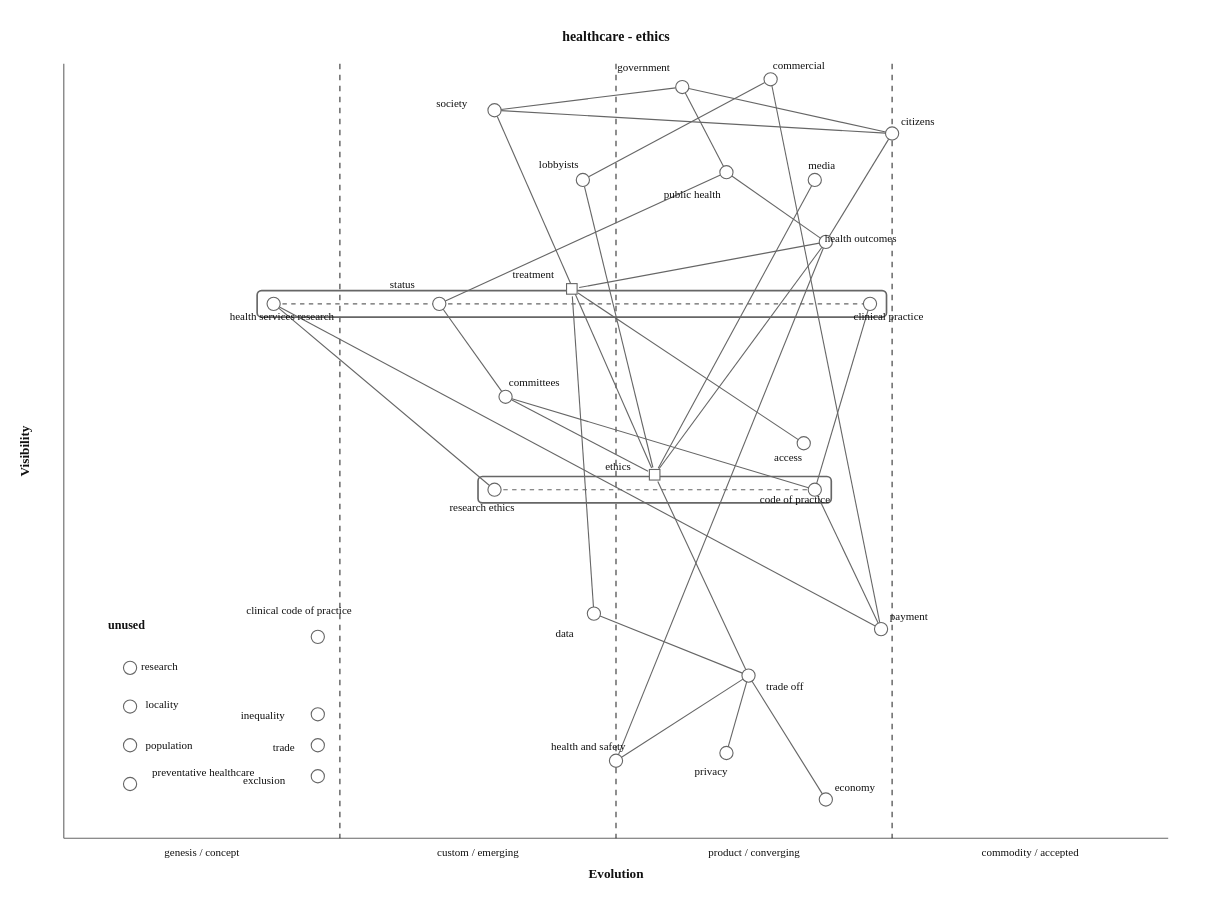
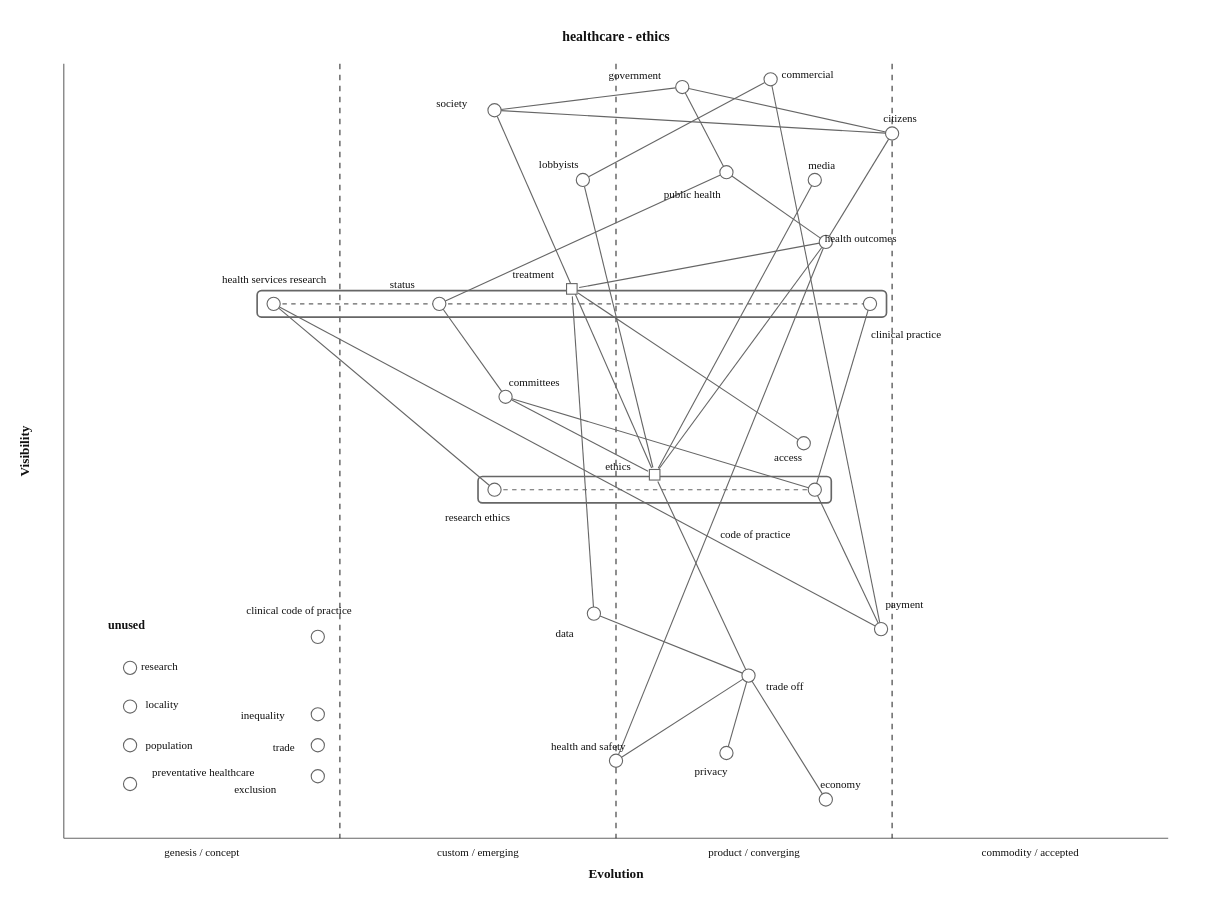
Before and after one commit to tractorjuice/wardley-maps-mermaid: the diagram in healthcare/additions/healthcare-ethics.mmd, drawn with Mermaid (neutral theme). The commit also changed 143 other files, not shown here.

```diff
--- a/healthcare/additions/healthcare-ethics.mmd
+++ b/healthcare/additions/healthcare-ethics.mmd
@@ -1,79 +1,79 @@
 wardley-beta
 
 title healthcare - ethics
 size [1100, 800]
 evolution genesis / concept -> custom / emerging -> product / converging -> commodity / accepted
 
-component commercial [0.98, 0.64] label [2, -9]
+component commercial [0.98, 0.64] label [10, -1]
 component lobbyists [0.85, 0.47] label [-40, -11]
 component public health [0.86, 0.60] label [-57, 23]
-component citizens [0.91, 0.75]
+component citizens [0.91, 0.75] label [-8, -10]
 component media [0.85, 0.68] label [-6, -10]
-component government [0.97, 0.56] label [-59, -15]
+component government [0.97, 0.56] label [-67, -7]
 component society [0.94, 0.39] label [-53, -3]
 
 note "unused" [0.27, 0.04]
 component research [0.22, 0.06] label [10, 2]
 component population [0.12, 0.06] label [14, 3]
 component preventative healthcare [0.07, 0.06] label [20, -7]
 component locality [0.17, 0.06] label [14, 1]
 component clinical code of practice [0.26, 0.23] label [-65, -21]
 component inequality [0.16, 0.23] label [-70, 4]
-component exclusion [0.08, 0.23] label [-68, 7]
+component exclusion [0.08, 0.23] label [-76, 15]
 component trade [0.12, 0.23] label [-41, 5]
 
 component ethics [0.45, 0.58] label [-45, -4]
 pipeline ethics {
-  component research ethics [0.39] label [-41, 19]
-  component code of practice [0.68] label [-50, 12]
+  component research ethics [0.39] label [-45, 28]
+  component code of practice [0.68] label [-86, 44]
 }
 
 component access [0.51, 0.67] label [-27, 16]
 component data [0.29, 0.48] label [-35, 21]
 component privacy [0.11, 0.60] label [-29, 20]
 component trade off [0.21, 0.62] label [16, 13]
 component health and safety [0.10, 0.50] label [-59, -10]
-component economy [0.05, 0.69]
+component economy [0.05, 0.69] label [-5, -10]
 component treatment [0.69, 0.58] label [-54, -10]
 pipeline treatment {
-  component health services research [0.19] label [-40, 15]
+  component health services research [0.19] label [-47, -19]
   component status [0.34] label [-45, -14]
-  component clinical practice [0.73] label [-15, 15]
+  component clinical practice [0.73] label [1, 31]
 }
 
-component payment [0.27, 0.74]
+component payment [0.27, 0.74] label [4, -19]
 component health outcomes [0.77, 0.69] label [-1, 0]
 component committees [0.57, 0.40] label [3, -10]
 
 commercial -> commercial
 commercial -> lobbyists
 public health -> health outcomes
 citizens -> health outcomes
 health outcomes -> treatment
 media -> ethics
 access -> treatment
 healthcare -> data
 code of practice -> payment
 trade off -> data
 trade off -> ethics
 trade off -> health and safety
 trade off -> economy
 trade off -> privacy
 health outcomes -> health and safety
 lobbyists -> ethics
 payment -> commercial
 ethics -> committees
 code of practice -> committees
 public health -> status
 status -> committees
 government -> public health
 citizens -> government
 government -> society
 society -> ethics
 society -> citizens
 health outcomes -> ethics
 treatment -> data
 research ethics -> health services research
 clinical practice -> code of practice
 payment -> payment
 payment -> health services research
```
